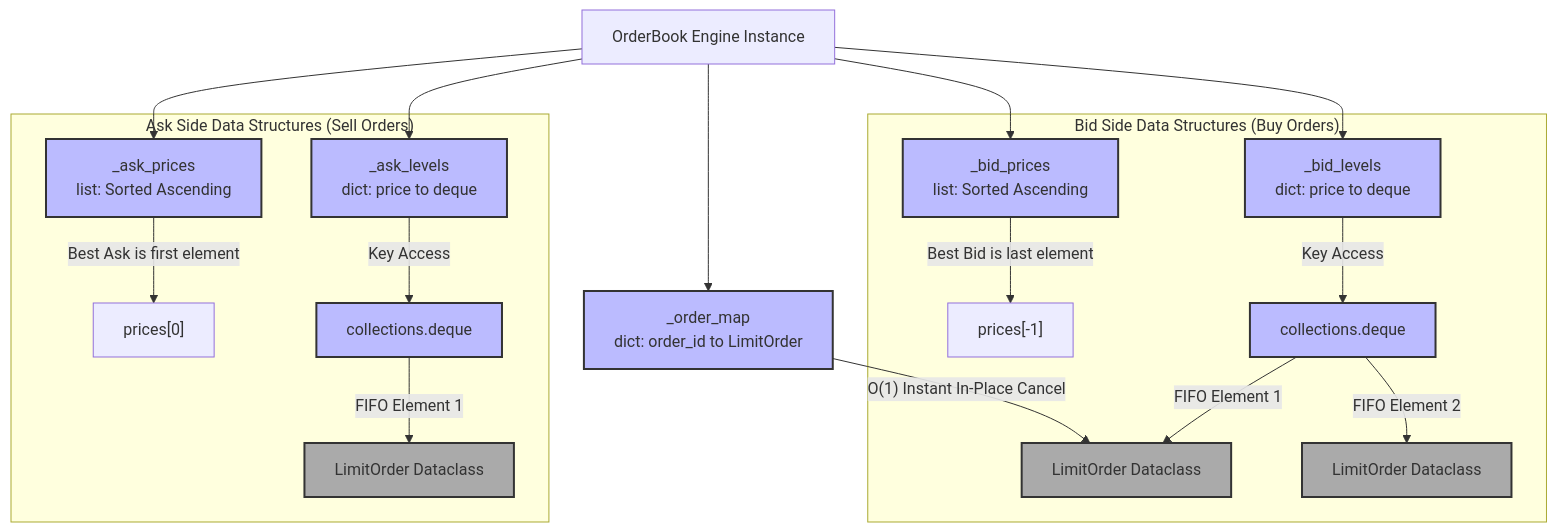
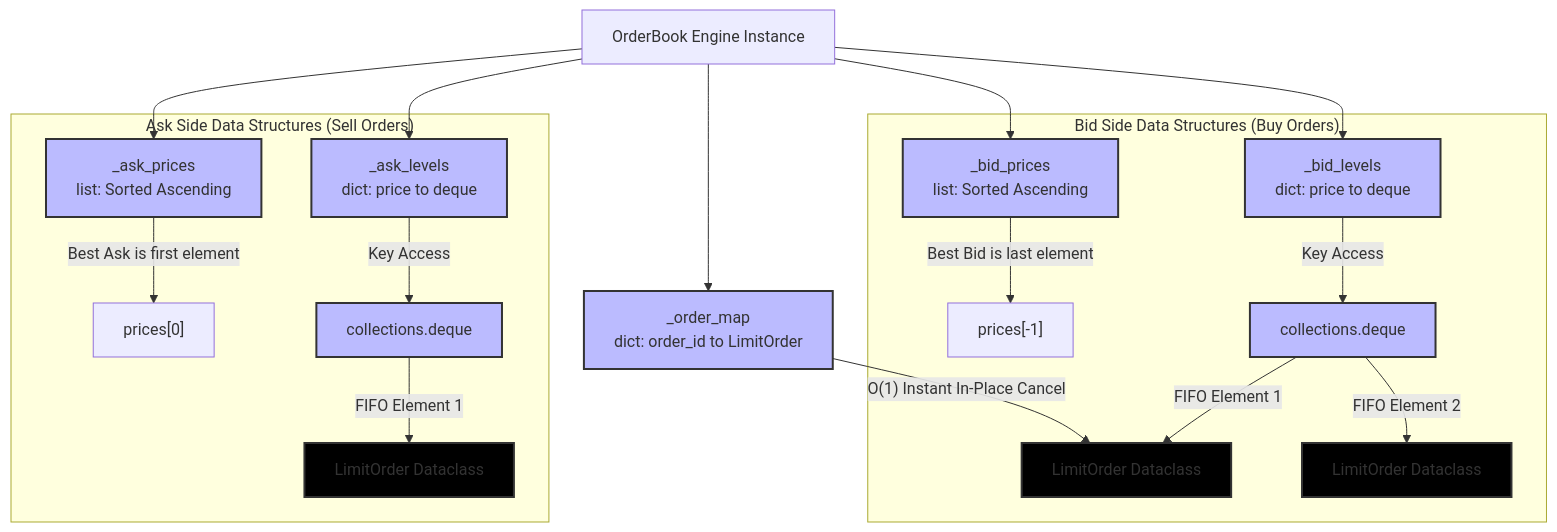
One commit to MFarooq07/lob-matching-engine changed the diagram in README.md. Above: the diagram before and after it, drawn with Mermaid.

Commit message:
Refactor README structure and content
Updated README to improve formatting and clarity.

````diff
--- a/README.md
+++ b/README.md
@@ -4,40 +4,40 @@
 ```mermaid
 flowchart TD
     %% Style Formats
     classDef mapStyle fill:#bbf,stroke:#333,stroke-width:2px;
     classDef listStyle fill:#bbf,stroke:#333,stroke-width:2px;
     classDef queueStyle fill:#bbf,stroke:#333,stroke-width:2px;
-    classDef modelStyle fill:#aaa,stroke:#333,stroke-width:2px;
+    classDef modelStyle fill:#000,stroke:#333,stroke-width:2px;
 
     %% Base Structural Framework
     OrderBook[OrderBook Engine Instance] --> orderMap
     OrderBook --> bidPrices
     OrderBook --> bidLevels
     OrderBook --> askPrices
     OrderBook --> askLevels
 
     %% Core Map Lookup Index
     orderMap["_order_map<br>dict: order_id to LimitOrder"]:::mapStyle
     orderMap -->|"O(1) Instant In-Place Cancel"| loResting1
 
     %% Bid Side Data Configurations
     subgraph bid_side ["Bid Side Data Structures (Buy Orders)"]
         bidPrices["_bid_prices<br>list: Sorted Ascending"]:::listStyle
         bidLevels["_bid_levels<br>dict: price to deque"]:::mapStyle
         
         bidPrices -->|"Best Bid is last element"| bestBid["prices[-1]"]
         bidLevels -->|"Key Access"| bidDeque["collections.deque"]:::queueStyle
         bidDeque -->|"FIFO Element 1"| loResting1["LimitOrder Dataclass"]:::modelStyle
         bidDeque -->|"FIFO Element 2"| loResting2["LimitOrder Dataclass"]:::modelStyle
     end
 
     %% Ask Side Data Configurations
     subgraph ask_side ["Ask Side Data Structures (Sell Orders)"]
         askPrices["_ask_prices<br>list: Sorted Ascending"]:::listStyle
         askLevels["_ask_levels<br>dict: price to deque"]:::mapStyle
         
         askPrices -->|"Best Ask is first element"| bestAsk["prices[0]"]
         askLevels -->|"Key Access"| askDeque["collections.deque"]:::queueStyle
         askDeque -->|"FIFO Element 1"| loResting3["LimitOrder Dataclass"]:::modelStyle
     end
 ```
````
